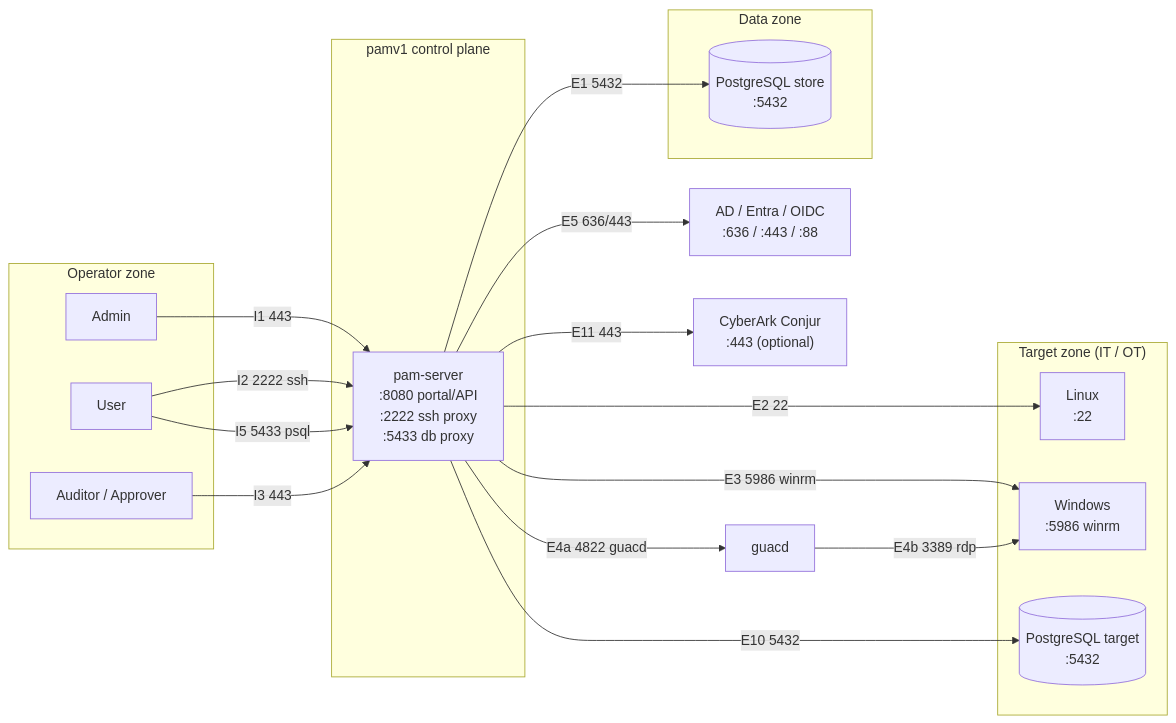
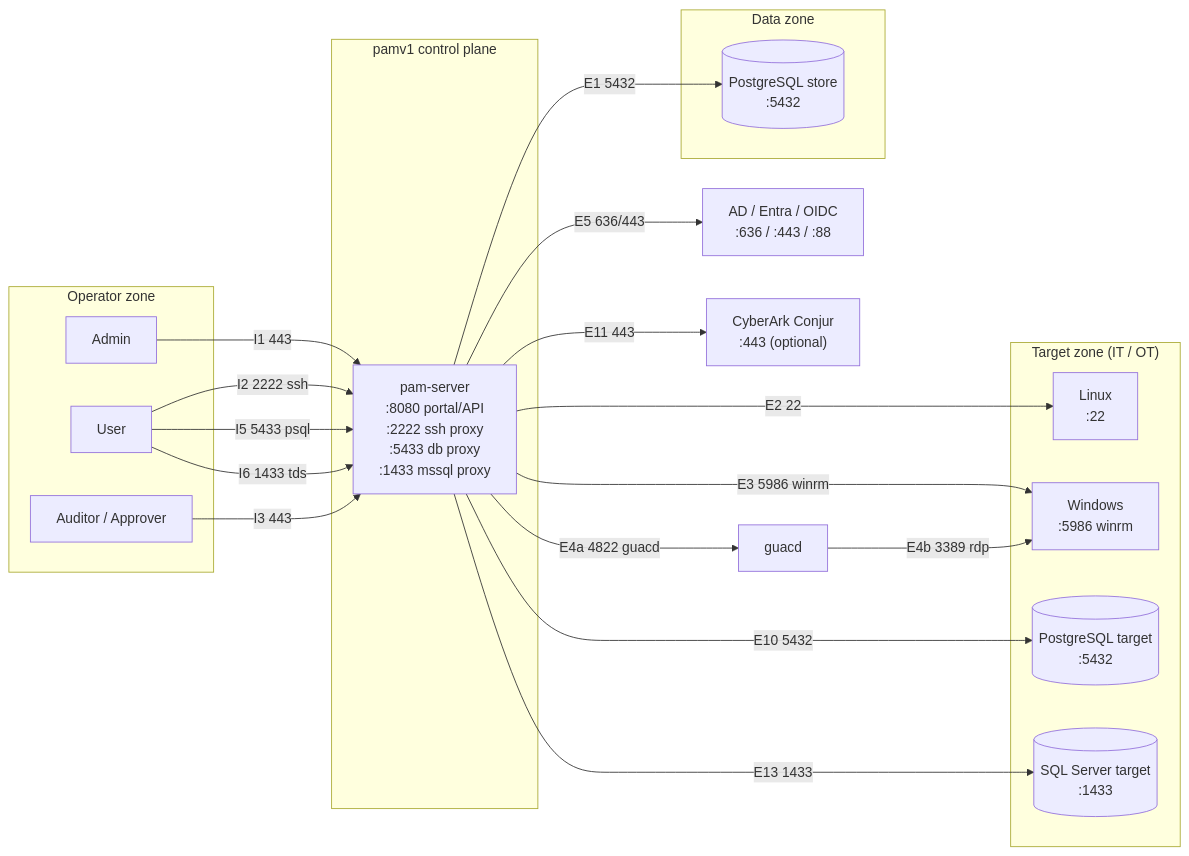
One commit to morandeirachema/PAMv1 changed the diagram in docs/PORTS-AND-FLOWS.md. Above: the diagram before and after it, drawn with Mermaid. The commit also changed other lines of this file and 4 other files, not shown here.

First line of the commit message:
docs: protocols & crypto — land the new reference, make PORTS-AND-FLOWS coherent with Phase 53 (#88)

````diff
--- a/docs/PORTS-AND-FLOWS.md
+++ b/docs/PORTS-AND-FLOWS.md
@@ -77,34 +89,37 @@
 ```mermaid
 flowchart LR
     subgraph OPS["Operator zone"]
         A["Admin"]
         U["User"]
         R["Auditor / Approver"]
     end
     subgraph PAM["pamv1 control plane"]
-        S["pam-server<br/>:8080 portal/API<br/>:2222 ssh proxy<br/>:5433 db proxy"]
+        S["pam-server<br/>:8080 portal/API<br/>:2222 ssh proxy<br/>:5433 db proxy<br/>:1433 mssql proxy"]
     end
     subgraph DATA["Data zone"]
         DB[("PostgreSQL store<br/>:5432")]
     end
     subgraph TGT["Target zone (IT / OT)"]
         L["Linux<br/>:22"]
         W["Windows<br/>:5986 winrm"]
         PG[("PostgreSQL target<br/>:5432")]
+        MS[("SQL Server target<br/>:1433")]
     end
     ID["AD / Entra / OIDC<br/>:636 / :443 / :88"]
     CJ["CyberArk Conjur<br/>:443 (optional)"]
 
     A -->|"I1 443"| S
     U -->|"I2 2222 ssh"| S
     U -->|"I5 5433 psql"| S
+    U -->|"I6 1433 tds"| S
     R -->|"I3 443"| S
     S -->|"E1 5432"| DB
     S -->|"E2 22"| L
     S -->|"E3 5986 winrm"| W
     S -->|"E4a 4822 guacd"| G["guacd"]
     G -->|"E4b 3389 rdp"| W
     S -->|"E10 5432"| PG
+    S -->|"E13 1433"| MS
     S -->|"E5 636/443"| ID
     S -->|"E11 443"| CJ
 ```
````
